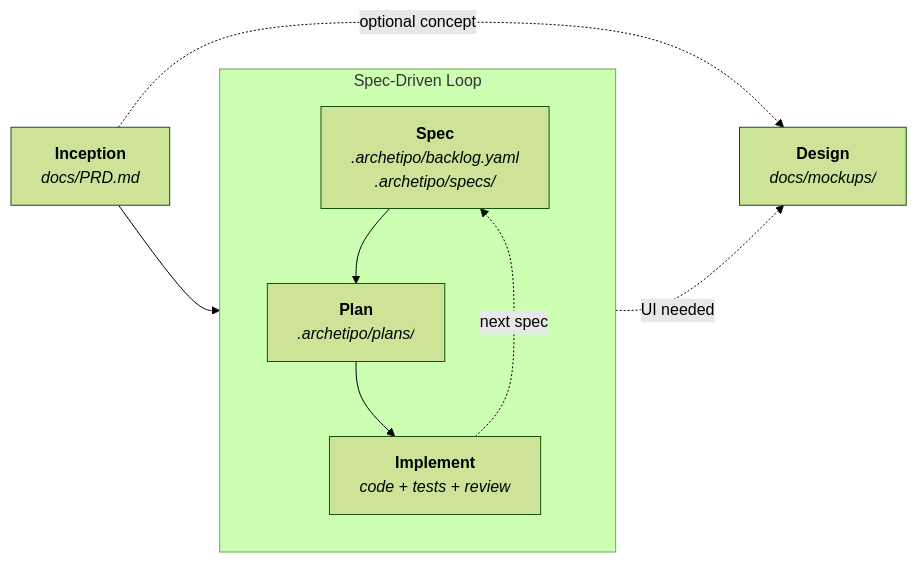
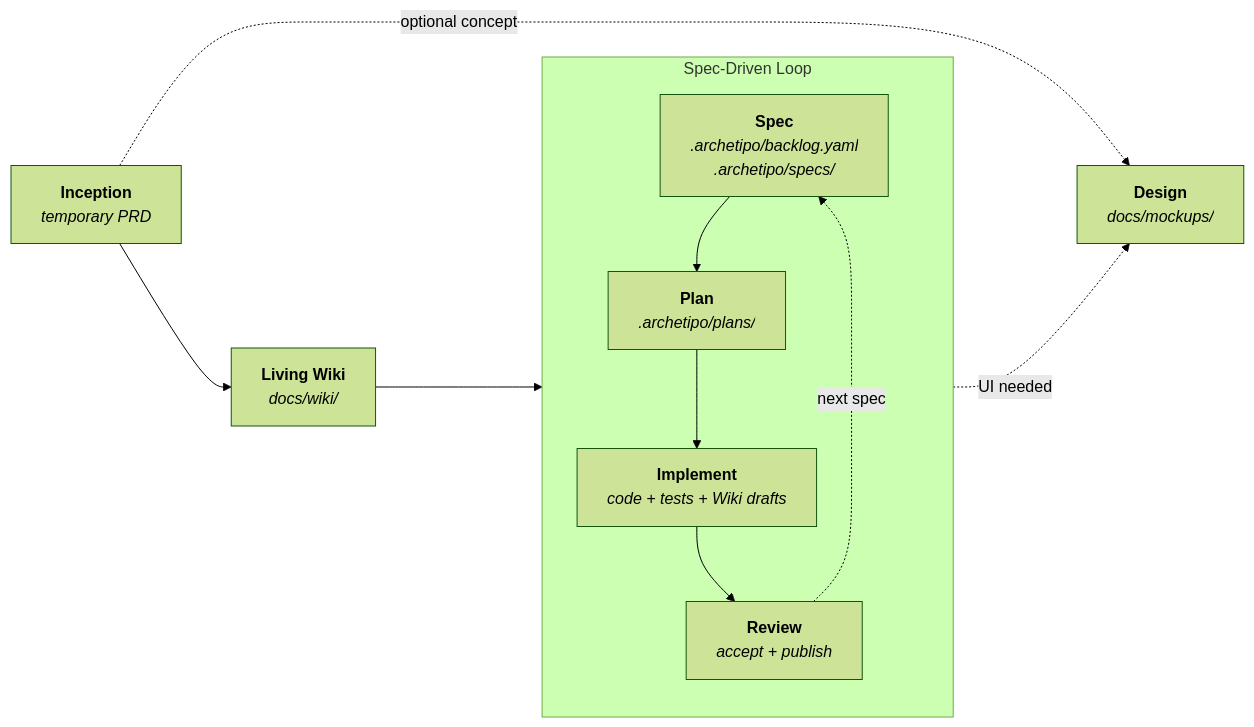
Before and after one commit to techreloaded-ar/ARchetipo: the diagram in README.md, drawn with Mermaid (forest theme). The commit also changed other lines of this file and 8 other files, not shown here.

````diff
--- a/README.md
+++ b/README.md
@@ -83,14 +83,16 @@
 ```mermaid
 flowchart LR
-    I["<b>Inception</b><br/><i>docs/PRD.md</i>"] --> S
+    I["<b>Inception</b><br/><i>temporary PRD</i>"] --> W["<b>Living Wiki</b><br/><i>docs/wiki/</i>"]
+    W --> S
     I -. optional concept .-> D["<b>Design</b><br/><i>docs/mockups/</i>"]
 
     subgraph Loop["Spec-Driven Loop"]
         direction TB
         S["<b>Spec</b><br/><i>.archetipo/backlog.yaml<br/>.archetipo/specs/</i>"] --> P["<b>Plan</b><br/><i>.archetipo/plans/</i>"]
-        P --> IM["<b>Implement</b><br/><i>code + tests + review</i>"]
-        IM -. next spec .-> S
+        P --> IM["<b>Implement</b><br/><i>code + tests + Wiki drafts</i>"]
+        IM --> R["<b>Review</b><br/><i>accept + publish</i>"]
+        R -. next spec .-> S
     end
 
     P -. UI needed .-> D
 ```
````
